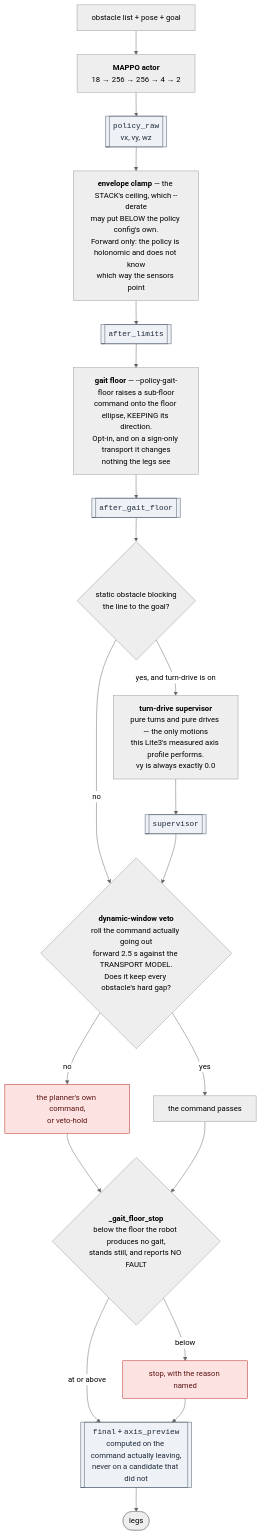
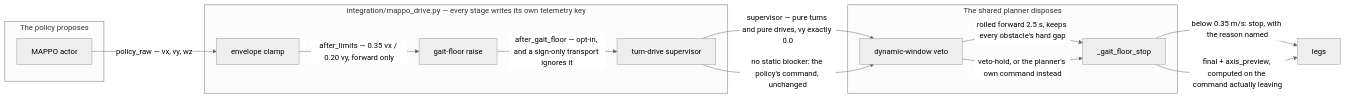
Before and after one commit to armwaheed/mappo-arm-cloud-physical-ai: the third of 4 diagrams in docs/WHITEPAPER.md, drawn with Mermaid (neutral theme). The commit also changed other lines of this file, not shown here.

First line of the commit message:
Whitepaper: rebuild every diagram so each edge carries a measured number

````diff
--- a/docs/WHITEPAPER.md
+++ b/docs/WHITEPAPER.md
@@ -578,27 +535,26 @@
 ```mermaid
-flowchart TB
-    OBS["obstacle list + pose + goal"] --> POL["<b>MAPPO actor</b><br/>18 → 256 → 256 → 4 → 2"]
-    POL --> K1[["<code>policy_raw</code><br/>vx, vy, wz"]]
-    K1 --> ENV["<b>envelope clamp</b> — the STACK's ceiling, which --derate<br/>may put BELOW the policy config's own.<br/>Forward only: the policy is holonomic and does not know<br/>which way the sensors point"]
-    ENV --> K2[["<code>after_limits</code>"]]
-    K2 --> GF["<b>gait floor</b> — --policy-gait-floor raises a sub-floor<br/>command onto the floor ellipse, KEEPING its direction.<br/>Opt-in, and on a sign-only transport it changes<br/>nothing the legs see"]
-    GF --> K3[["<code>after_gait_floor</code>"]]
-    K3 --> SUP{"static obstacle blocking<br/>the line to the goal?"}
-    SUP -- "yes, and turn-drive is on" --> TD["<b>turn-drive supervisor</b><br/>pure turns and pure drives — the only motions<br/>this Lite3's measured axis profile performs.<br/>vy is always exactly 0.0"]
-    TD --> K4[["<code>supervisor</code>"]]
-    SUP -- "no" --> VETO
-    K4 --> VETO{"<b>dynamic-window veto</b><br/>roll the command actually going out<br/>forward 2.5 s against the TRANSPORT MODEL.<br/>Does it keep every obstacle's hard gap?"}
-    VETO -- "no" --> PLAN["the planner's own command,<br/>or veto-hold"]
-    VETO -- "yes" --> PASS["the command passes"]
-    PLAN --> STOPQ
-    PASS --> STOPQ{"<b>_gait_floor_stop</b><br/>below the floor the robot produces no gait,<br/>stands still, and reports NO FAULT"}
-    STOPQ -- "below" --> ZERO["stop, with the reason named"]
-    STOPQ -- "at or above" --> K5
-    ZERO --> K5[["<code>final</code> + <code>axis_preview</code><br/>computed on the command actually leaving,<br/>never on a candidate that did not"]]
-    K5 --> LEGS(["legs"])
+flowchart LR
+    subgraph POL["The policy proposes"]
+      ACTOR[MAPPO actor]
+    end
+    subgraph EXEC["integration/mappo_drive.py — every stage writes its own telemetry key"]
+      ENV[envelope clamp]
+      GFR[gait-floor raise]
+      SUP[turn-drive supervisor]
+    end
+    subgraph SAFE["The shared planner disposes"]
+      VETO[dynamic-window veto]
+      STOP[_gait_floor_stop]
+    end
+    LEGS[legs]
 
-    classDef key fill:#eef2f6,stroke:#475467,color:#1d2939;
-    classDef refuse fill:#fde2e2,stroke:#b42318,color:#5c1410;
-    class K1,K2,K3,K4,K5 key;
-    class ZERO,PLAN refuse;
+    ACTOR -- "policy_raw — vx, vy, wz" --> ENV
+    ENV -- "after_limits — 0.35 vx / 0.20 vy, forward only" --> GFR
+    GFR -- "after_gait_floor — opt-in, and a sign-only transport ignores it" --> SUP
+    SUP -- "supervisor — pure turns and pure drives, vy exactly 0.0" --> VETO
+    SUP -- "no static blocker: the policy's command, unchanged" --> VETO
+    VETO -- "rolled forward 2.5 s, keeps every obstacle's hard gap" --> STOP
+    VETO -- "veto-hold, or the planner's own command instead" --> STOP
+    STOP -- "below 0.35 m/s: stop, with the reason named" --> LEGS
+    STOP -- "final + axis_preview, computed on the command actually leaving" --> LEGS
 ```
````
